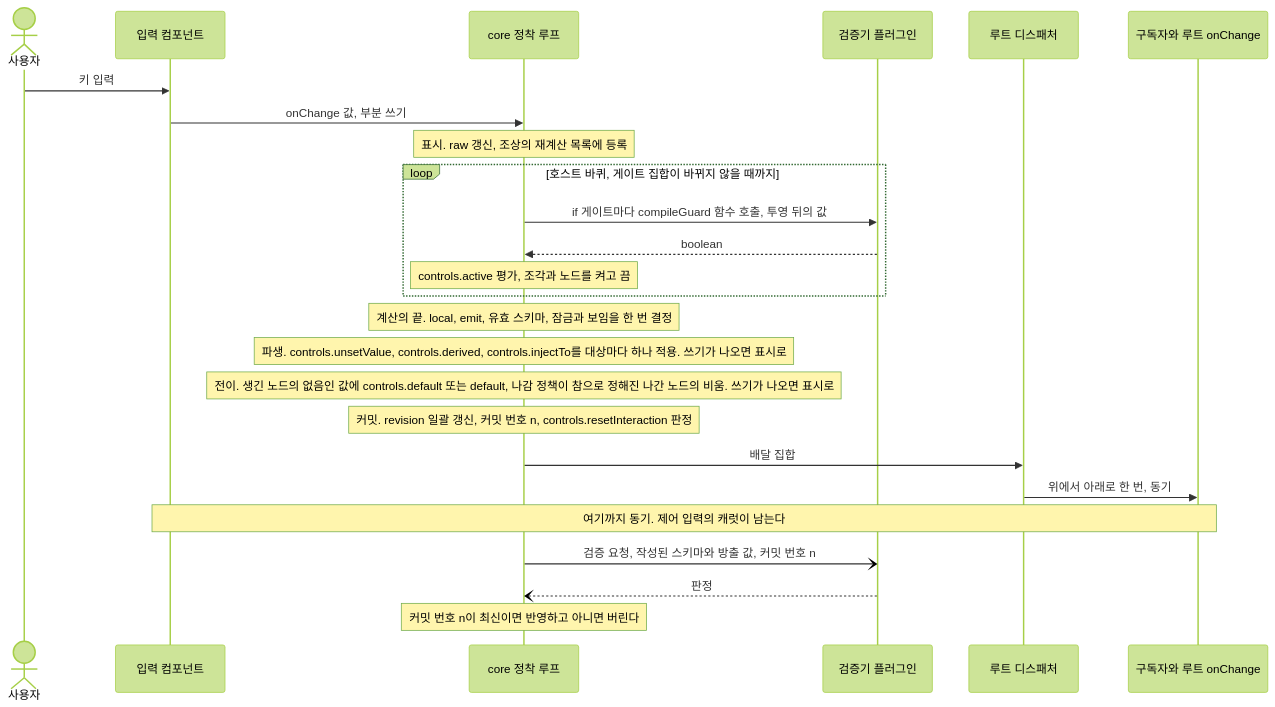
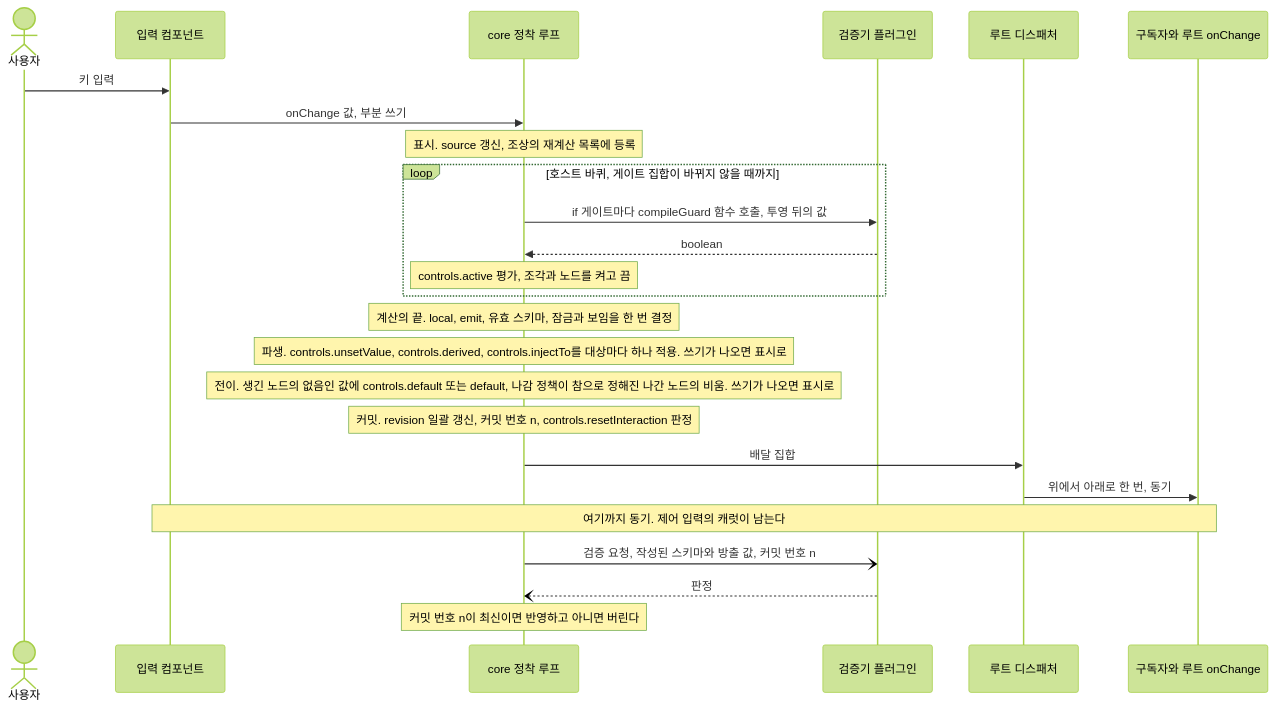
Before and after one commit to vincent-kk/albatrion: the third of 3 diagrams in packages/canard/schema-form/architecture/_archive/2026-09-29/02-target-overview.md, drawn with Mermaid (forest theme). The commit also changed other lines of this file and 671 other files, not shown here.

````diff
--- a/packages/canard/schema-form/architecture/_archive/2026-09-29/02-target-overview.md
+++ b/packages/canard/schema-form/architecture/_archive/2026-09-29/02-target-overview.md
@@ -185,28 +185,28 @@
 ```mermaid
 sequenceDiagram
   actor User as 사용자
   participant Input as 입력 컴포넌트
   participant Core as core 정착 루프
   participant Plugin as 검증기 플러그인
   participant Dispatcher as 루트 디스패처
   participant Listener as 구독자와 루트 onChange
 
   User->>Input: 키 입력
   Input->>Core: onChange 값, 부분 쓰기
-  Note over Core: 표시. raw 갱신, 조상의 재계산 목록에 등록
+  Note over Core: 표시. source 갱신, 조상의 재계산 목록에 등록
   loop 호스트 바퀴, 게이트 집합이 바뀌지 않을 때까지
     Core->>Plugin: if 게이트마다 compileGuard 함수 호출, 투영 뒤의 값
     Plugin-->>Core: boolean
     Note over Core: controls.active 평가, 조각과 노드를 켜고 끔
   end
   Note over Core: 계산의 끝. local, emit, 유효 스키마, 잠금과 보임을 한 번 결정
   Note over Core: 파생. controls.unsetValue, controls.derived, controls.injectTo를 대상마다 하나 적용. 쓰기가 나오면 표시로
   Note over Core: 전이. 생긴 노드의 없음인 값에 controls.default 또는 default, 나감 정책이 참으로 정해진 나간 노드의 비움. 쓰기가 나오면 표시로
   Note over Core: 커밋. revision 일괄 갱신, 커밋 번호 n, controls.resetInteraction 판정
   Core->>Dispatcher: 배달 집합
   Dispatcher->>Listener: 위에서 아래로 한 번, 동기
   Note over Input,Listener: 여기까지 동기. 제어 입력의 캐럿이 남는다
   Core-)Plugin: 검증 요청, 작성된 스키마와 방출 값, 커밋 번호 n
   Plugin--)Core: 판정
   Note over Core: 커밋 번호 n이 최신이면 반영하고 아니면 버린다
 ```
````
